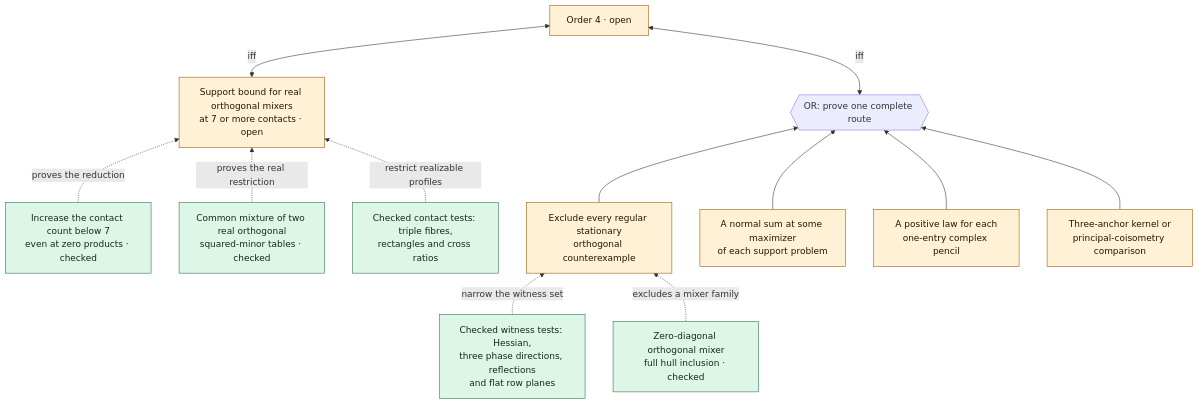
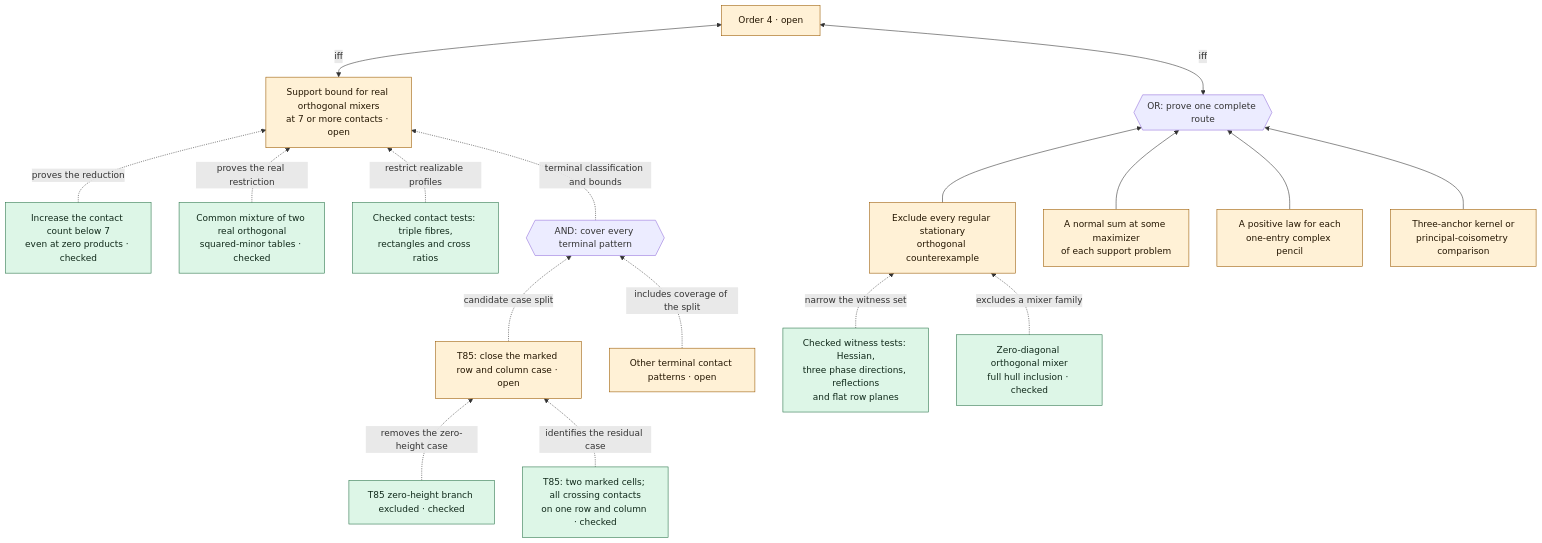
The second of 5 diagrams in Lean/ProofTree.md (ascendnoosphere/MOC), drawn with Mermaid before and after one commit. The commit also changed other lines of this file and 4 other files, not shown here.

Commit message:
MOC: confine Zheng T85 crossing contacts to a marked row and column

````diff
--- a/Lean/ProofTree.md
+++ b/Lean/ProofTree.md
@@ -43,28 +43,38 @@
 ```mermaid
 flowchart BT
     FOUR["Order 4 · open"]:::open
     OR4{{"OR: prove one complete route"}}
     WITNESS["Exclude every regular stationary<br/>orthogonal counterexample"]:::open
     NORMAL["A normal sum at some maximizer<br/>of each support problem"]:::open
     PENCIL["A positive law for each<br/>one-entry complex pencil"]:::open
     CHART["Three-anchor kernel or<br/>principal-coisometry comparison"]:::open
     TRANSFER["Increase the contact count below 7<br/>even at zero products · checked"]:::checked
     SEVEN["Support bound for real orthogonal mixers<br/>at 7 or more contacts · open"]:::open
     TWO["Common mixture of two real orthogonal<br/>squared-minor tables · checked"]:::checked
     TESTS["Checked witness tests: Hessian,<br/>three phase directions, reflections<br/>and flat row planes"]:::checked
     ZERO["Zero-diagonal orthogonal mixer<br/>full hull inclusion · checked"]:::checked
     PHASE["Checked contact tests: triple fibres,<br/>rectangles and cross ratios"]:::checked
+    T85["T85: close the marked row and column case · open"]:::open
+    OTHERS["Other terminal contact patterns · open"]:::open
+    COVER{{"AND: cover every terminal pattern"}}
+    STAR["T85: two marked cells; all crossing contacts<br/>on one row and column · checked"]:::checked
+    PAIRED["T85 zero-height branch excluded · checked"]:::checked
     WITNESS --> OR4
     NORMAL --> OR4
     PENCIL --> OR4
     CHART --> OR4
     TRANSFER -. proves the reduction .-> SEVEN
     TWO -. proves the real restriction .-> SEVEN
     SEVEN <-->|iff| FOUR
     TESTS -. narrow the witness set .-> WITNESS
     ZERO -. excludes a mixer family .-> WITNESS
     PHASE -. restrict realizable profiles .-> SEVEN
+    PAIRED -. removes the zero-height case .-> T85
+    STAR -. identifies the residual case .-> T85
+    T85 -. candidate case split .-> COVER
+    OTHERS -. includes coverage of the split .-> COVER
+    COVER -. terminal classification and bounds .-> SEVEN
     OR4 <-->|iff| FOUR
     classDef open fill:#fff1d6,stroke:#9a5900,color:#231500
     classDef checked fill:#ddf6e7,stroke:#287348,color:#10291a
 ```
````
